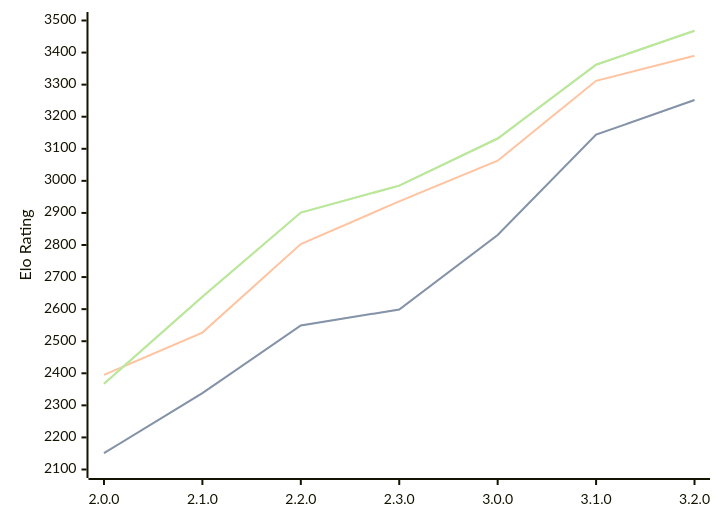
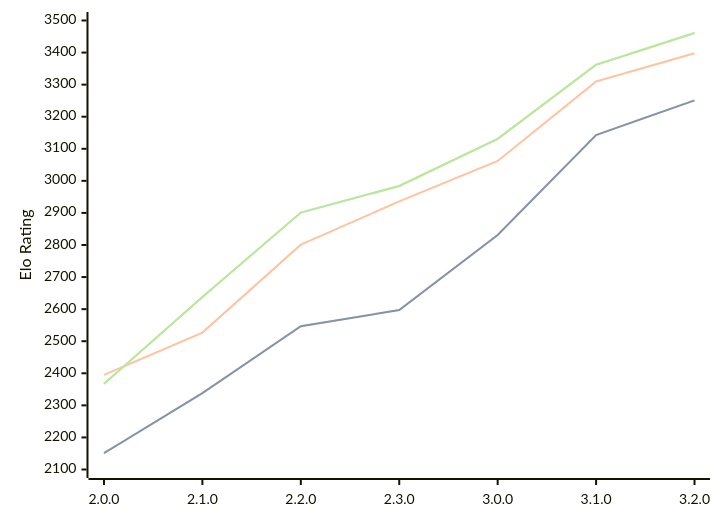
The diagram in engines/Raphael.md (computer-chess-index/cci), drawn with Mermaid before and after one commit. The commit also changed other lines of this file, not shown here.

Commit message:
Update CCI Ratings (ELO VLTC) - 2026-03-22

````diff
--- a/engines/Raphael.md
+++ b/engines/Raphael.md
@@ -49,11 +49,11 @@
 ```mermaid
 %%{init: {"theme":"base","themeVariables":{"seriesColors:['#a3a3a3','#222221','#faa371']}}}%%
 xychart-beta
   x-axis ["2.0.0", "2.1.0", "2.2.0", "2.3.0", "3.0.0", "3.1.0", "3.2.0"]
   y-axis "Elo Rating" 2100 --> 3500
-  line "STC (8.0+0.08s)" [2151, 2338, 2549, 2599, 2831, 3144, 3252]
-  line "STC (8.0+0.08s)" [2151, 2338, 2549, 2599, 2831, 3144, 3252]
-  line "LTC (60.0+0.60s)" [2395, 2527, 2803, 2936, 3063, 3312, 3390]
-  line "VLTC (2m24s+1.12s)" [2367, 2639, 2901, 2985, 3132, 3362, 3468]
-  line "VLTC (2m24s+1.12s)" [2367, 2639, 2901, 2985, 3132, 3362, 3468]
+  line "STC (8.0+0.08s)" [2151, 2338, 2547, 2597, 2831, 3143, 3251]
+  line "STC (8.0+0.08s)" [2151, 2338, 2547, 2597, 2831, 3143, 3251]
+  line "LTC (60.0+0.60s)" [2395, 2527, 2801, 2936, 3062, 3310, 3398]
+  line "VLTC (2m24s+1.12s)" [2367, 2638, 2901, 2984, 3131, 3362, 3461]
+  line "VLTC (2m24s+1.12s)" [2367, 2638, 2901, 2984, 3131, 3362, 3461]
 ```
````
